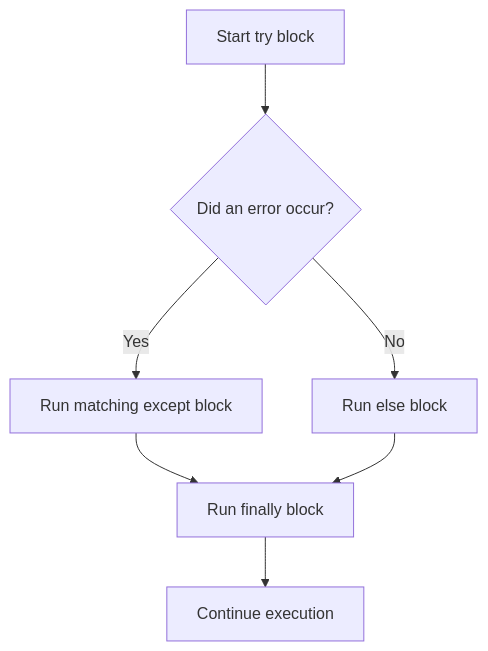
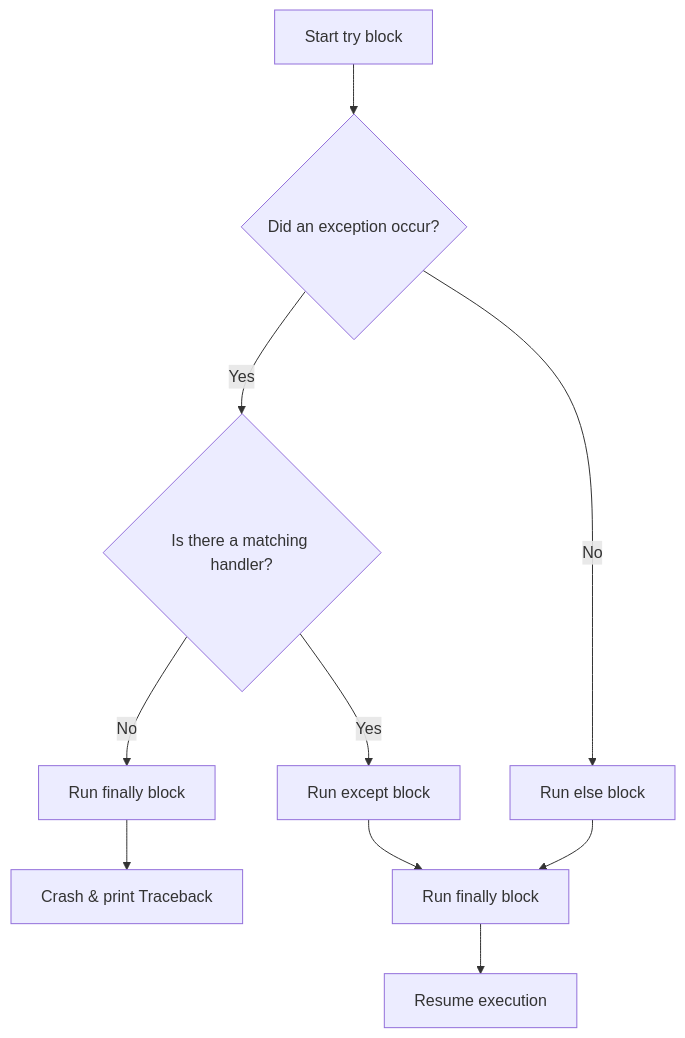
The second of 2 diagrams in Chapter 11/Notes.md (Saurabh21Y/Python), drawn with Mermaid before and after one commit. The commit also changed other lines of this file and 23 other files, not shown here.

````diff
--- a/Chapter 11/Notes.md
+++ b/Chapter 11/Notes.md
@@ -106,9 +289,12 @@
 ```mermaid
 graph TD
-    A[Start try block] --> B{Did an error occur?}
-    B -- Yes --> C[Run matching except block]
-    B -- No --> D[Run else block]
-    C --> E[Run finally block]
-    D --> E[Run finally block]
-    E --> F[Continue execution]
+    A[Start try block] --> B{Did an exception occur?}
+    B -- Yes --> C{Is there a matching handler?}
+    C -- Yes --> D[Run except block]
+    C -- No --> E[Run finally block]
+    E --> F[Crash & print Traceback]
+    B -- No --> G[Run else block]
+    G --> H[Run finally block]
+    D --> H
+    H --> I[Resume execution]
 ```
````
